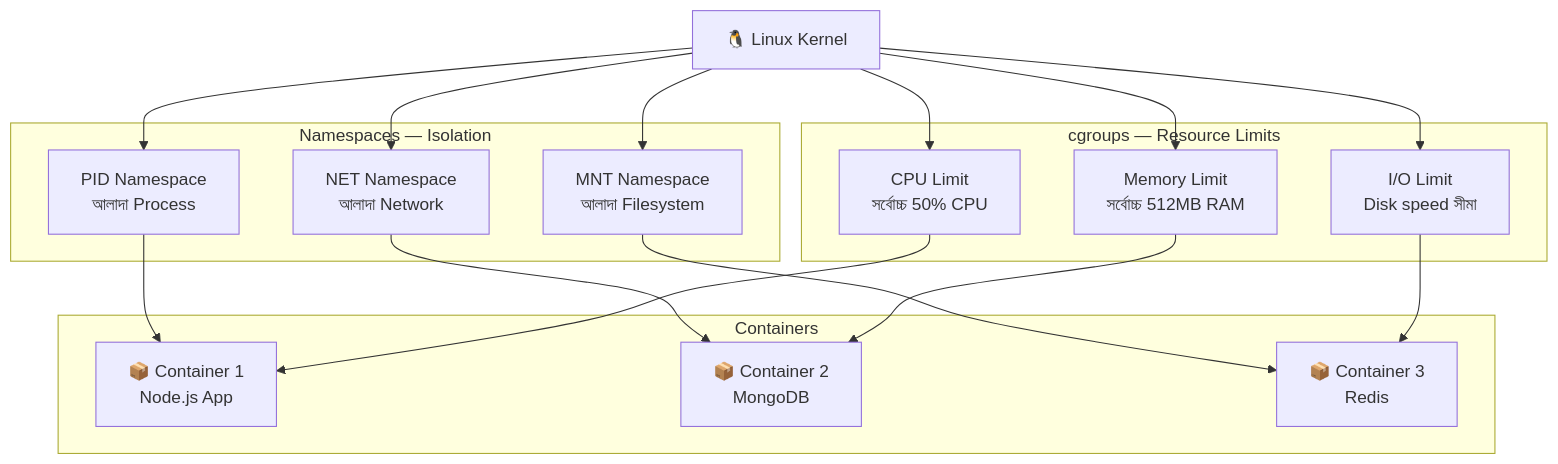
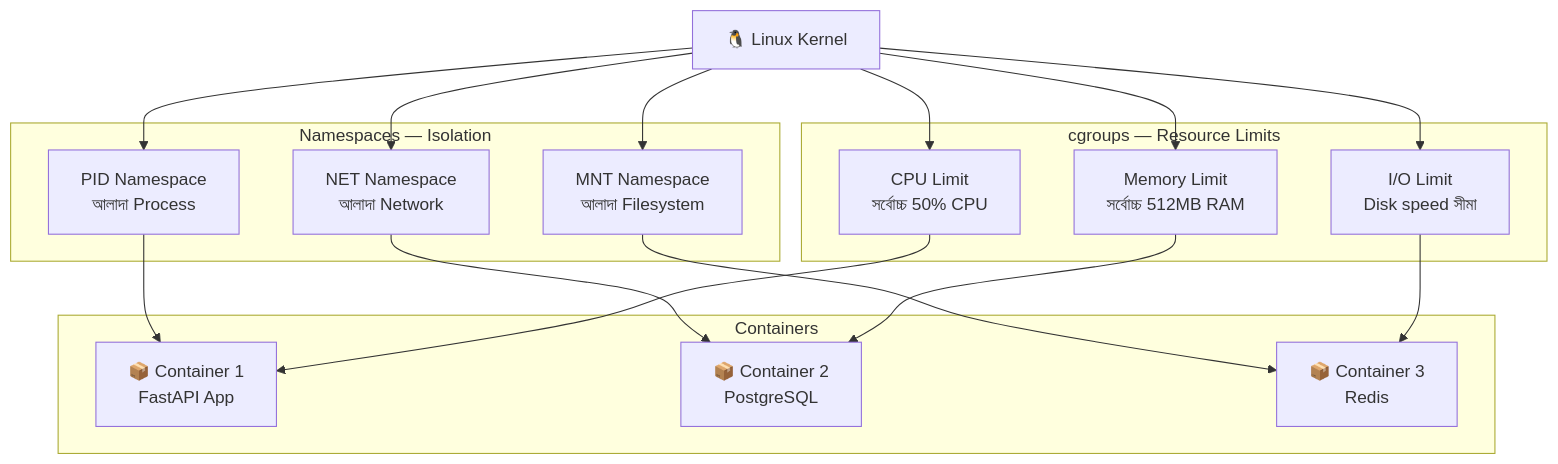
One commit to ashraf1600/My-Portfolio changed the second of 4 diagrams in docs/docker/basics.md. Above: the diagram before and after it, drawn with Mermaid. The commit also changed other lines of this file and 2 other files, not shown here.

````diff
--- a/docs/docker/basics.md
+++ b/docs/docker/basics.md
@@ -192,28 +192,28 @@
 ```mermaid
 graph TB
     Kernel["🐧 Linux Kernel"]
 
     subgraph "Namespaces — Isolation"
         NS1["PID Namespace<br/>আলাদা Process"]
         NS2["NET Namespace<br/>আলাদা Network"]
         NS3["MNT Namespace<br/>আলাদা Filesystem"]
     end
 
     subgraph "cgroups — Resource Limits"
         CG1["CPU Limit<br/>সর্বোচ্চ 50% CPU"]
         CG2["Memory Limit<br/>সর্বোচ্চ 512MB RAM"]
         CG3["I/O Limit<br/>Disk speed সীমা"]
     end
 
     subgraph "Containers"
-        C1["📦 Container 1<br/>Node.js App"]
-        C2["📦 Container 2<br/>MongoDB"]
+        C1["📦 Container 1<br/>FastAPI App"]
+        C2["📦 Container 2<br/>PostgreSQL"]
         C3["📦 Container 3<br/>Redis"]
     end
 
     Kernel --> NS1 & NS2 & NS3
     Kernel --> CG1 & CG2 & CG3
     NS1 & CG1 --> C1
     NS2 & CG2 --> C2
     NS3 & CG3 --> C3
 ```
````
